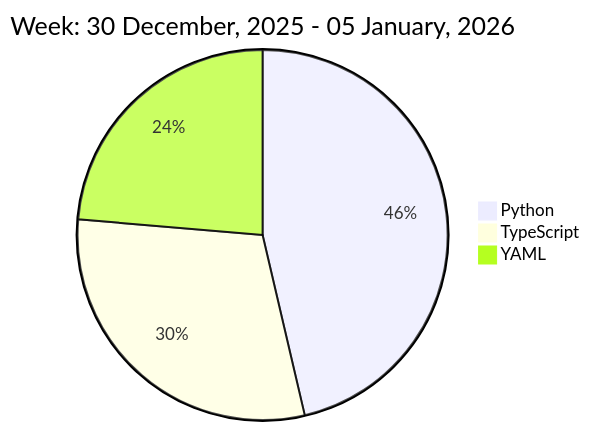
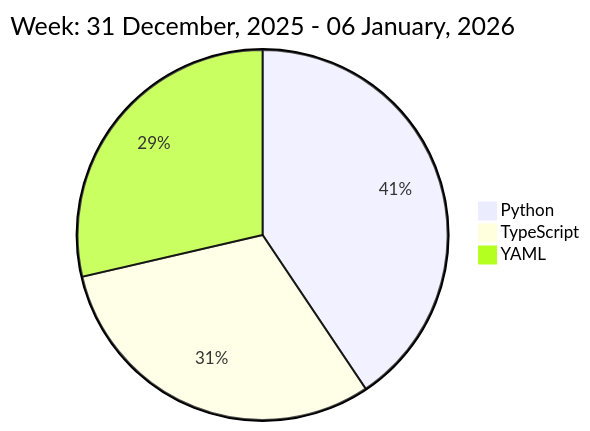
Before and after one commit to liubin95/liubin95: the diagram in README.md, drawn with Mermaid.

Commit message:
Updated the Graph with new Metrics

````diff
--- a/README.md
+++ b/README.md
@@ -37,7 +37,7 @@
 ```mermaid
  pie
-title Week: 30 December, 2025 - 05 January, 2026
- "Python" : 4.37
- "TypeScript" : 2.83
- "YAML" : 2.23
+title Week: 31 December, 2025 - 06 January, 2026
+ "Python" : 3.93
+ "TypeScript" : 2.98
+ "YAML" : 2.77
 ```
````
